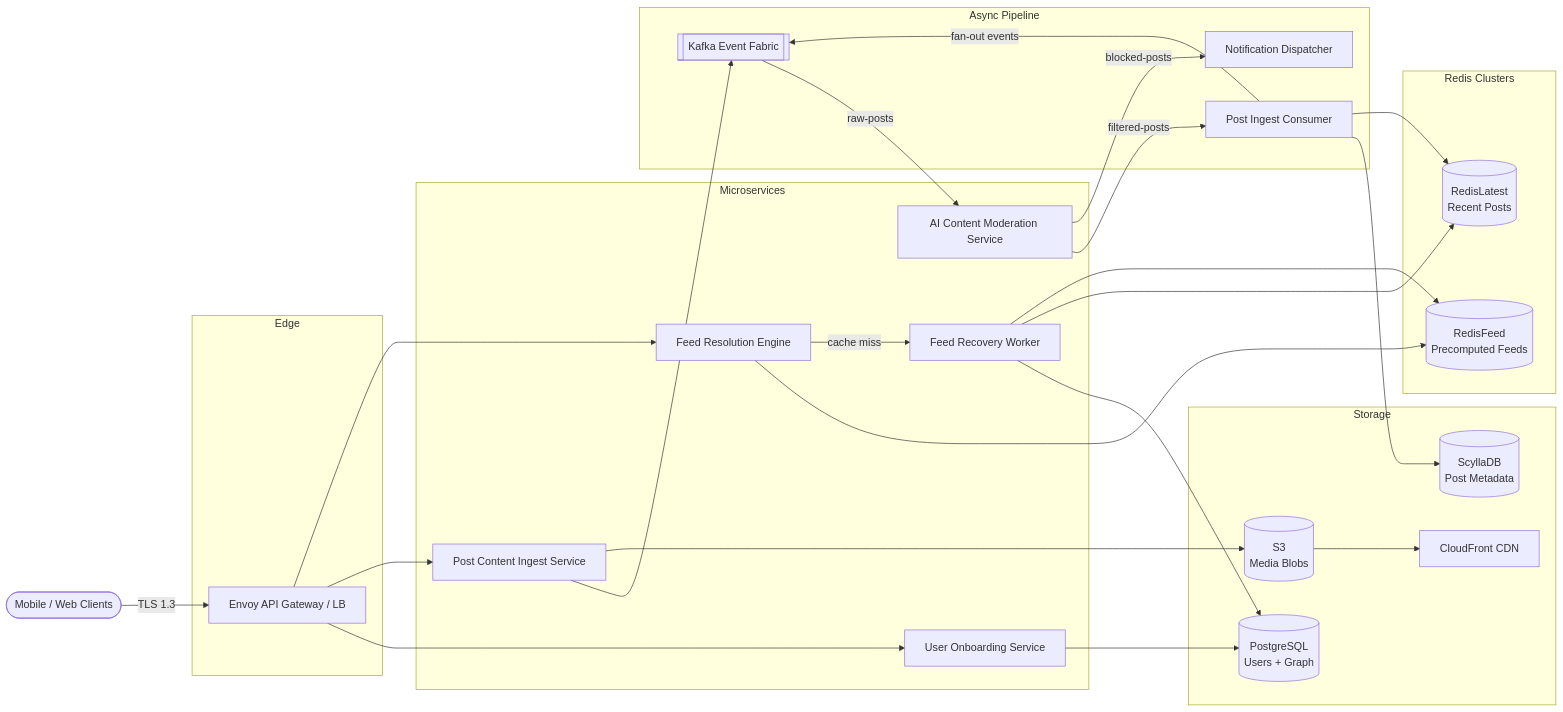
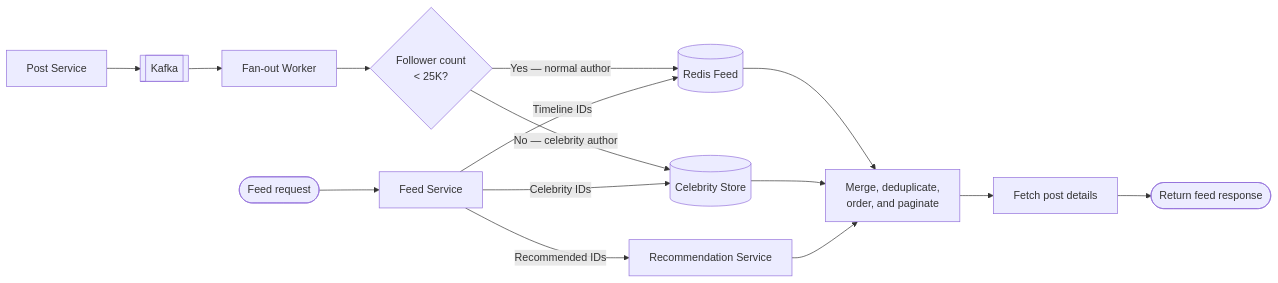
One commit to pradeep2Tech/pradeep2Tech.github.io changed the seventh of 10 diagrams in content/system-design/social-feed.md. Above: the diagram before and after it, drawn with Mermaid. The commit also changed other lines of this file and 5 other files, not shown here.

Commit message:
content change for social feed

````diff
--- a/content/system-design/social-feed.md
+++ b/content/system-design/social-feed.md
@@ -277,58 +576,18 @@
 ```mermaid
 flowchart LR
-    Client([Mobile / Web Clients])
+    PostSvc[Post Service] --> KafkaHub[[Kafka]]
+    KafkaHub --> FanoutWorker[Fan-out Worker]
+    FanoutWorker --> Decision{"Follower count<br/>< 25K?"}
+    Decision -->|"Yes — normal author"| RedisFeed[(Redis Feed)]
+    Decision -->|"No — celebrity author"| CelebrityStore[(Celebrity Store)]
 
-    subgraph edge["Edge"]
-        Envoy[Envoy API Gateway / LB]
-    end
-
-    subgraph services["Microservices"]
-        UserSvc[User Onboarding Service]
-        ContentSvc[Post Content Ingest Service]
-        FeedSvc[Feed Resolution Engine]
-        ModSvc[AI Content Moderation Service]
-        BackfillSvc[Feed Recovery Worker]
-    end
-
-    subgraph cacheLayer["Redis Clusters"]
-        RedisFeed[("RedisFeed<br/>Precomputed Feeds")]
-        RedisLatest[("RedisLatest<br/>Recent Posts")]
-    end
-
-    subgraph storage["Storage"]
-        PG[("PostgreSQL<br/>Users + Graph")]
-        ScyllaDB[("ScyllaDB<br/>Post Metadata")]
-        S3Store[("S3<br/>Media Blobs")]
-        CDN[CloudFront CDN]
-    end
-
-    subgraph asyncPath["Async Pipeline"]
-        KafkaHub[[Kafka Event Fabric]]
-        ConsumerSvc[Post Ingest Consumer]
-        NotifSvc[Notification Dispatcher]
-    end
-
-    Client -->|"TLS 1.3"| Envoy
-    Envoy --> UserSvc
-    Envoy --> ContentSvc
-    Envoy --> FeedSvc
-
-    UserSvc --> PG
-    ContentSvc --> KafkaHub
-    ContentSvc --> S3Store
-    S3Store --> CDN
-
-    KafkaHub -->|"raw-posts"| ModSvc
-    ModSvc -->|"filtered-posts"| ConsumerSvc
-    ModSvc -->|"blocked-posts"| NotifSvc
-
-    ConsumerSvc --> ScyllaDB
-    ConsumerSvc --> RedisLatest
-    ConsumerSvc -->|"fan-out events"| KafkaHub
-
-    FeedSvc --> RedisFeed
-    FeedSvc -->|"cache miss"| BackfillSvc
-    BackfillSvc --> PG
-    BackfillSvc --> RedisLatest
-    BackfillSvc --> RedisFeed
+    Client([Feed request]) --> FeedSvc[Feed Service]
+    FeedSvc -->|"Timeline IDs"| RedisFeed
+    FeedSvc -->|"Celebrity IDs"| CelebrityStore
+    FeedSvc -->|"Recommended IDs"| RecommendationSvc[Recommendation Service]
+    RedisFeed --> Merge[Merge, deduplicate,<br/>order, and paginate]
+    CelebrityStore --> Merge
+    RecommendationSvc --> Merge
+    Merge --> PostDetails[Fetch post details]
+    PostDetails --> Response([Return feed response])
 ```
````
